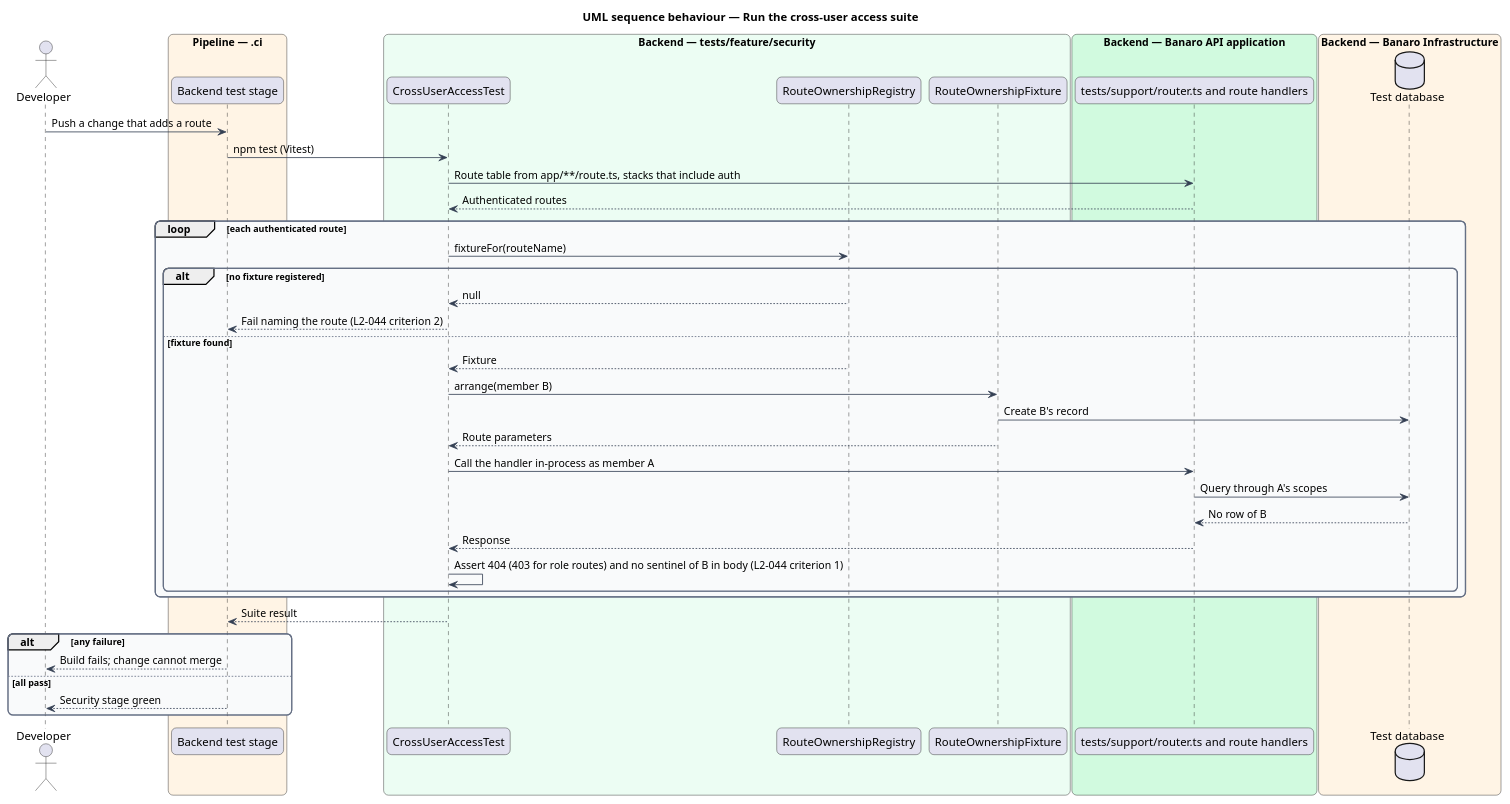
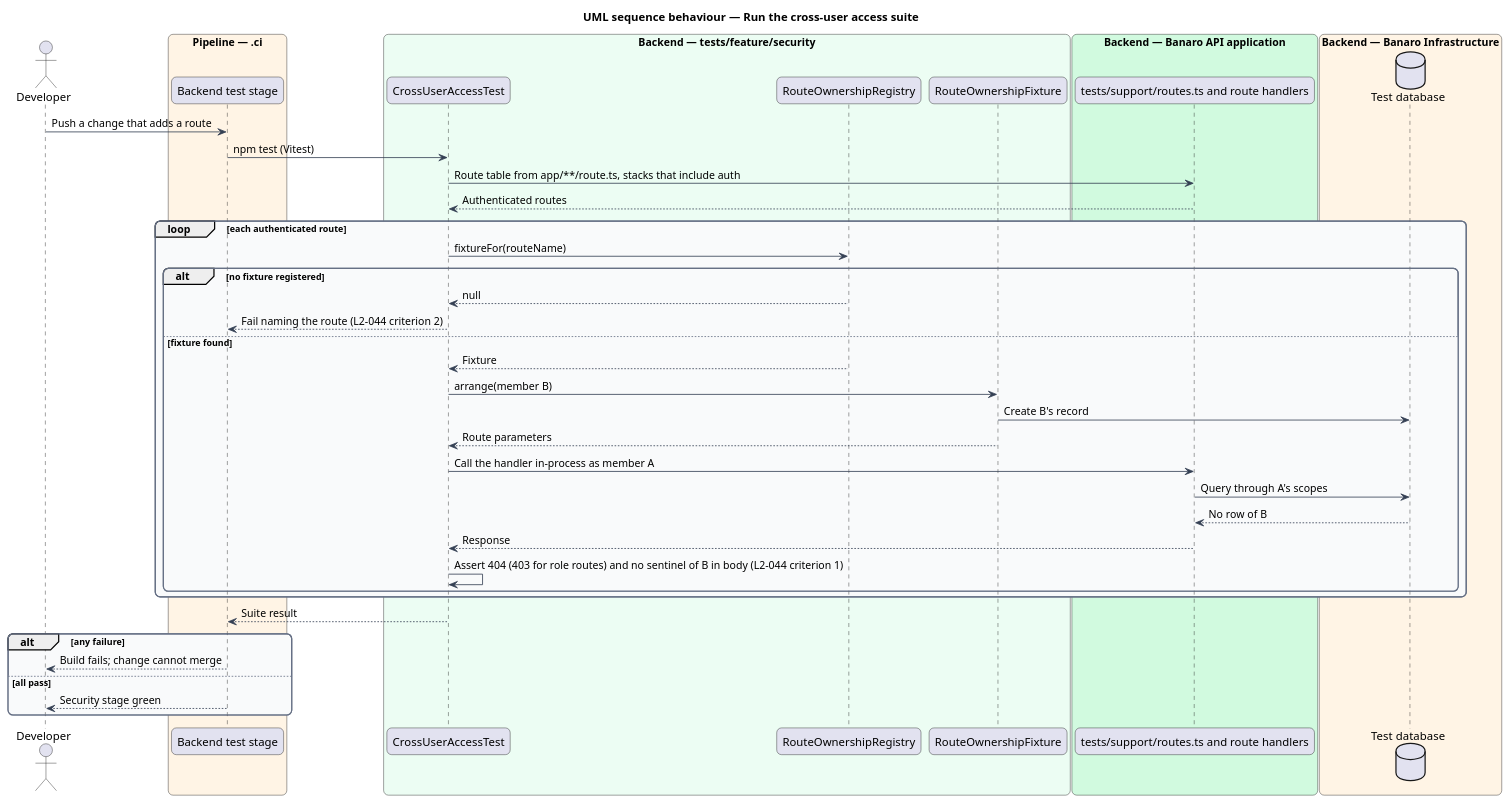
Before and after one commit to QuinntyneBrown/banaro: the diagram in docs/detailed-designs/security/scope-data-access/diagrams/sequence-cross-user-suite.puml, drawn with PlantUML. The commit also changed 14 other files, not shown here.

```diff
--- a/docs/detailed-designs/security/scope-data-access/diagrams/sequence-cross-user-suite.puml
+++ b/docs/detailed-designs/security/scope-data-access/diagrams/sequence-cross-user-suite.puml
@@ -1,60 +1,60 @@
 @startuml
 title UML sequence behaviour — Run the cross-user access suite
 skinparam backgroundColor #FFFFFF
 skinparam shadowing false
 skinparam roundcorner 12
 skinparam defaultFontName Arial
 skinparam ArrowColor #344054
 skinparam rectangle {
   BorderColor #344054
   FontColor #101828
 }
 skinparam package {
   BorderColor #667085
   FontColor #101828
   BackgroundColor #F9FAFB
 }
 actor "Developer" as actor
 box "Pipeline — .ci" #FFF4E5
   participant "Backend test stage" as stage
 end box
 box "Backend — tests/feature/security" #ECFDF3
   participant "CrossUserAccessTest" as test
   participant "RouteOwnershipRegistry" as registry
   participant "RouteOwnershipFixture" as fixture
 end box
 box "Backend — Banaro API application" #D1FADF
-  participant "tests/support/router.ts and route handlers" as kernel
+  participant "tests/support/routes.ts and route handlers" as kernel
 end box
 box "Backend — Banaro Infrastructure" #FFF4E5
   database "Test database" as db
 end box
 
 actor -> stage : Push a change that adds a route
 stage -> test : npm test (Vitest)
 test -> kernel : Route table from app/**/route.ts, stacks that include auth
 kernel --> test : Authenticated routes
 loop each authenticated route
   test -> registry : fixtureFor(routeName)
   alt no fixture registered
     registry --> test : null
     test --> stage : Fail naming the route (L2-044 criterion 2)
   else fixture found
     registry --> test : Fixture
     test -> fixture : arrange(member B)
     fixture -> db : Create B's record
     fixture --> test : Route parameters
     test -> kernel : Call the handler in-process as member A
     kernel -> db : Query through A's scopes
     db --> kernel : No row of B
     kernel --> test : Response
     test -> test : Assert 404 (403 for role routes) and no sentinel of B in body (L2-044 criterion 1)
   end
 end
 test --> stage : Suite result
 alt any failure
   stage --> actor : Build fails; change cannot merge
 else all pass
   stage --> actor : Security stage green
 end
 @enduml
```
